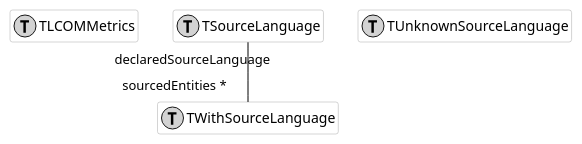
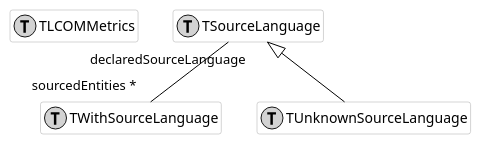
One commit to moosetechnology/moose-wiki changed the diagram in Developers/Diagrams/technic.puml. Above: the diagram before and after it, drawn with PlantUML. The commit also changed 4 other files, not shown here.

Commit message:
correcting UML diagrams

```diff
--- a/Developers/Diagrams/technic.puml
+++ b/Developers/Diagrams/technic.puml
@@ -1,25 +1,26 @@
 @startuml
 hide empty members
 
 skinparam class {
   BackgroundColor white
   ArrowColor black
   BorderColor darkGray
 }
 
 class behavior1 as "TLCOMMetrics" << (T,lightGrey) >> {
 }
 
 class behavior2 as "TWithSourceLanguage" << (T,lightGrey) >> {
 }
 
 class behavior3 as "TSourceLanguage" << (T,lightGrey) >> {
 }
 
 class behavior4 as "TUnknownSourceLanguage" << (T,lightGrey) >> {
 }
 
+behavior3 <|-- behavior4
 
 behavior3 "declaredSourceLanguage  " -[#black]- "sourcedEntities * " behavior2
 
 @enduml
```
